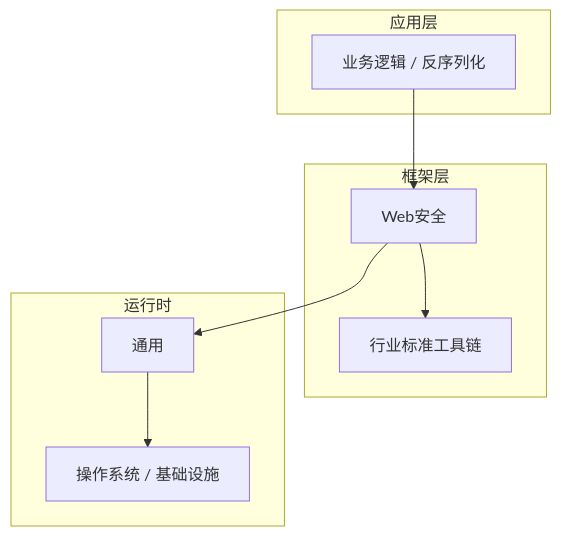
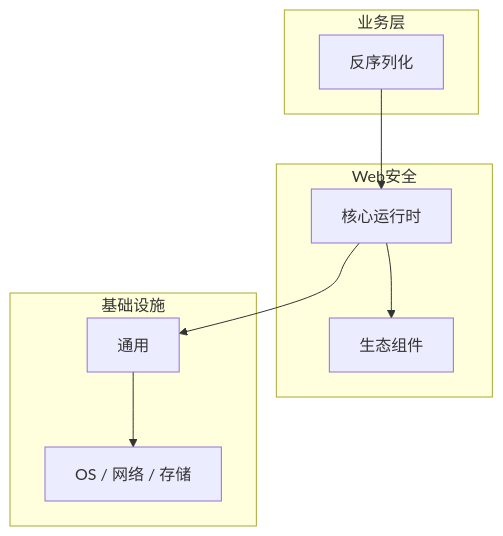
The diagram in articles/Web安全/chapters/055-反序列化核心概念与原理.md (yanggan2015/knowledge-json-v2), drawn with Mermaid before and after one commit. The commit also changed other lines of this file and 10127 other files, not shown here.

````diff
--- a/articles/Web安全/chapters/055-反序列化核心概念与原理.md
+++ b/articles/Web安全/chapters/055-反序列化核心概念与原理.md
@@ -46,18 +31,18 @@
 ```mermaid
 graph TB
-    subgraph 应用层
-        A[业务逻辑 / 反序列化]
+    subgraph 业务层
+        A[反序列化]
     end
-    subgraph 框架层
-        B[Web安全]
-        C[行业标准工具链]
+    subgraph Web安全
+        B[核心运行时]
+        C[生态组件]
     end
-    subgraph 运行时
+    subgraph 基础设施
         D[通用]
-        E[操作系统 / 基础设施]
+        E[OS / 网络 / 存储]
     end
     A --> B
     B --> C
     B --> D
     D --> E
 ```
````
